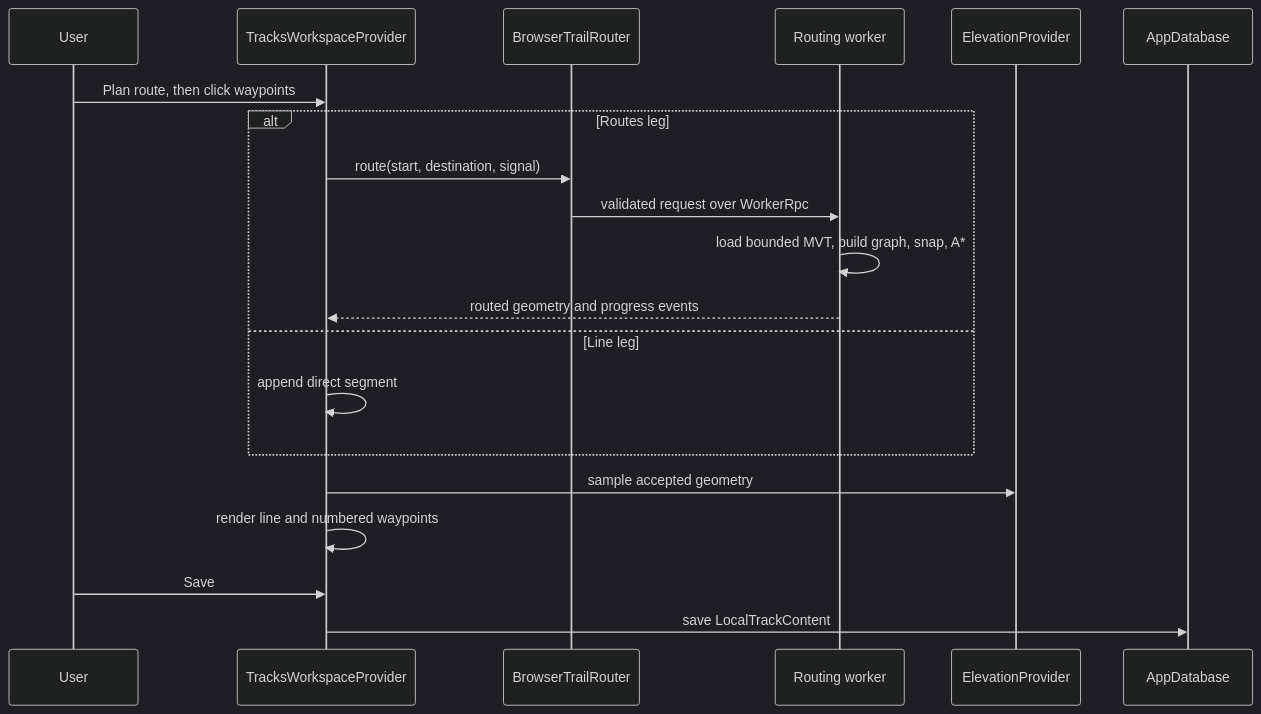
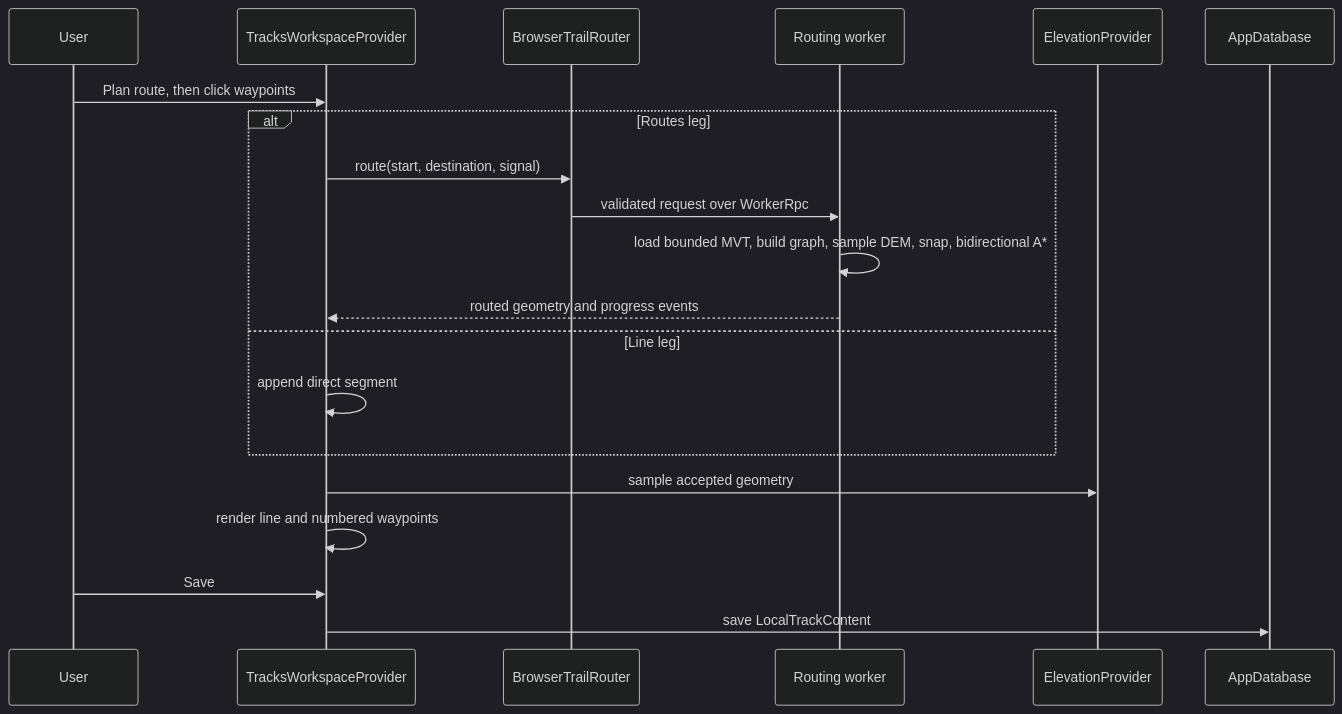
One commit to bogdandm/georgia-routing-planner changed the seventh of 8 diagrams in docs/runtime-flows.md. Above: the diagram before and after it, drawn with Mermaid (dark theme). The commit also changed other lines of this file and 31 other files, not shown here.

````diff
--- a/docs/runtime-flows.md
+++ b/docs/runtime-flows.md
@@ -491,23 +491,23 @@
 ```mermaid
 sequenceDiagram
   participant User
   participant Tracks as TracksWorkspaceProvider
   participant Router as BrowserTrailRouter
   participant Worker as Routing worker
   participant Terrain as ElevationProvider
   participant Storage as AppDatabase
 
   User->>Tracks: Plan route, then click waypoints
   alt Routes leg
     Tracks->>Router: route(start, destination, signal)
     Router->>Worker: validated request over WorkerRpc
-    Worker->>Worker: load bounded MVT, build graph, snap, A*
+    Worker->>Worker: load bounded MVT, build graph, sample DEM, snap, bidirectional A*
     Worker-->>Tracks: routed geometry and progress events
   else Line leg
     Tracks->>Tracks: append direct segment
   end
   Tracks->>Terrain: sample accepted geometry
   Tracks->>Tracks: render line and numbered waypoints
   User->>Tracks: Save
   Tracks->>Storage: save LocalTrackContent
 ```
````
